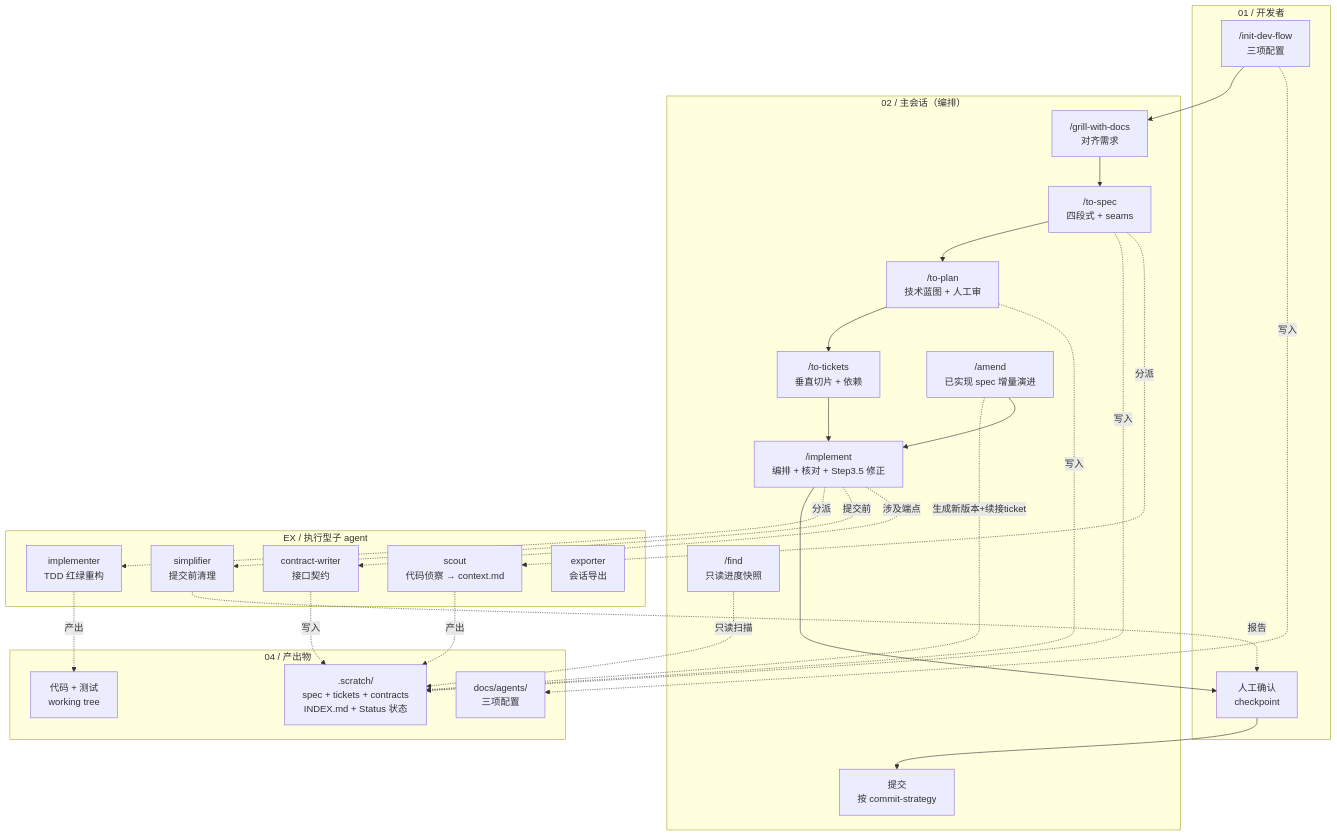
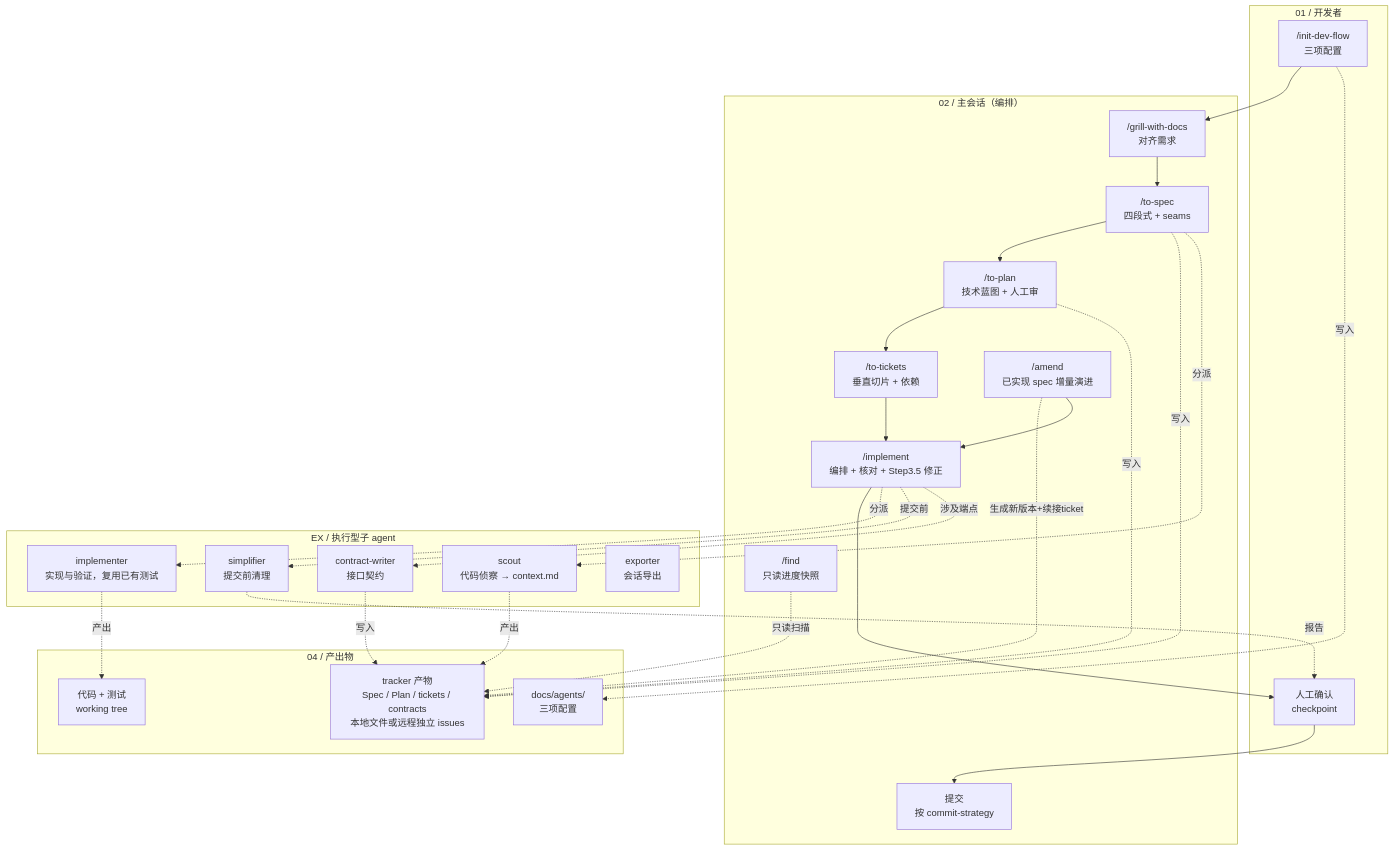
One commit to ALittleTurtleWhoCannotKnock/xixiwu_skills changed the diagram in architecture.md. Above: the diagram before and after it, drawn with Mermaid. The commit also changed other lines of this file and 23 other files, not shown here.

````diff
--- a/architecture.md
+++ b/architecture.md
@@ -3,55 +3,55 @@
 ```mermaid
 flowchart TB
     subgraph DEV["01 / 开发者"]
         init["/init-dev-flow<br/>三项配置"]
         checkpoint["人工确认<br/>checkpoint"]
     end
 
     subgraph MAIN["02 / 主会话（编排）"]
         grill["/grill-with-docs<br/>对齐需求"]
         spec["/to-spec<br/>四段式 + seams"]
         plan["/to-plan<br/>技术蓝图 + 人工审"]
         tickets["/to-tickets<br/>垂直切片 + 依赖"]
         implement["/implement<br/>编排 + 核对 + Step3.5 修正"]
         find["/find<br/>只读进度快照"]
         amend["/amend<br/>已实现 spec 增量演进"]
         commit["提交<br/>按 commit-strategy"]
     end
 
     subgraph SUB["EX / 执行型子 agent"]
         scout["scout<br/>代码侦察 → context.md"]
-        implementer["implementer<br/>TDD 红绿重构"]
+        implementer["implementer<br/>实现与验证，复用已有测试"]
         simplifier["simplifier<br/>提交前清理"]
         contractwriter["contract-writer<br/>接口契约"]
         exporter["exporter<br/>会话导出"]
     end
 
     subgraph OUT["04 / 产出物"]
         config["docs/agents/<br/>三项配置"]
-        scratch[".scratch/<br/>spec + tickets + contracts<br/>INDEX.md + Status 状态"]
+        scratch["tracker 产物<br/>Spec / Plan / tickets / contracts<br/>本地文件或远程独立 issues"]
         code["代码 + 测试<br/>working tree"]
     end
 
     init --> grill
     init -.写入.-> config
     grill --> spec
     spec --> plan
     plan --> tickets
     spec -.写入.-> scratch
     plan -.写入.-> scratch
     tickets --> implement
     implement --> checkpoint
     checkpoint --> commit
     amend -.生成新版本+续接ticket.-> scratch
     amend --> implement
 
     spec -.分派.-> scout
     scout -.产出.-> scratch
     implement -.分派.-> implementer
     implementer -.产出.-> code
     implement -.提交前.-> simplifier
     simplifier -.报告.-> checkpoint
     implement -.涉及端点.-> contractwriter
     contractwriter -.写入.-> scratch
     find -.只读扫描.-> scratch
 ```
````
